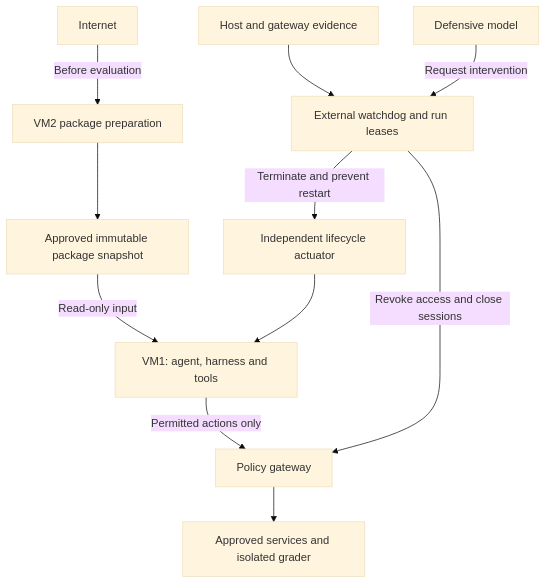
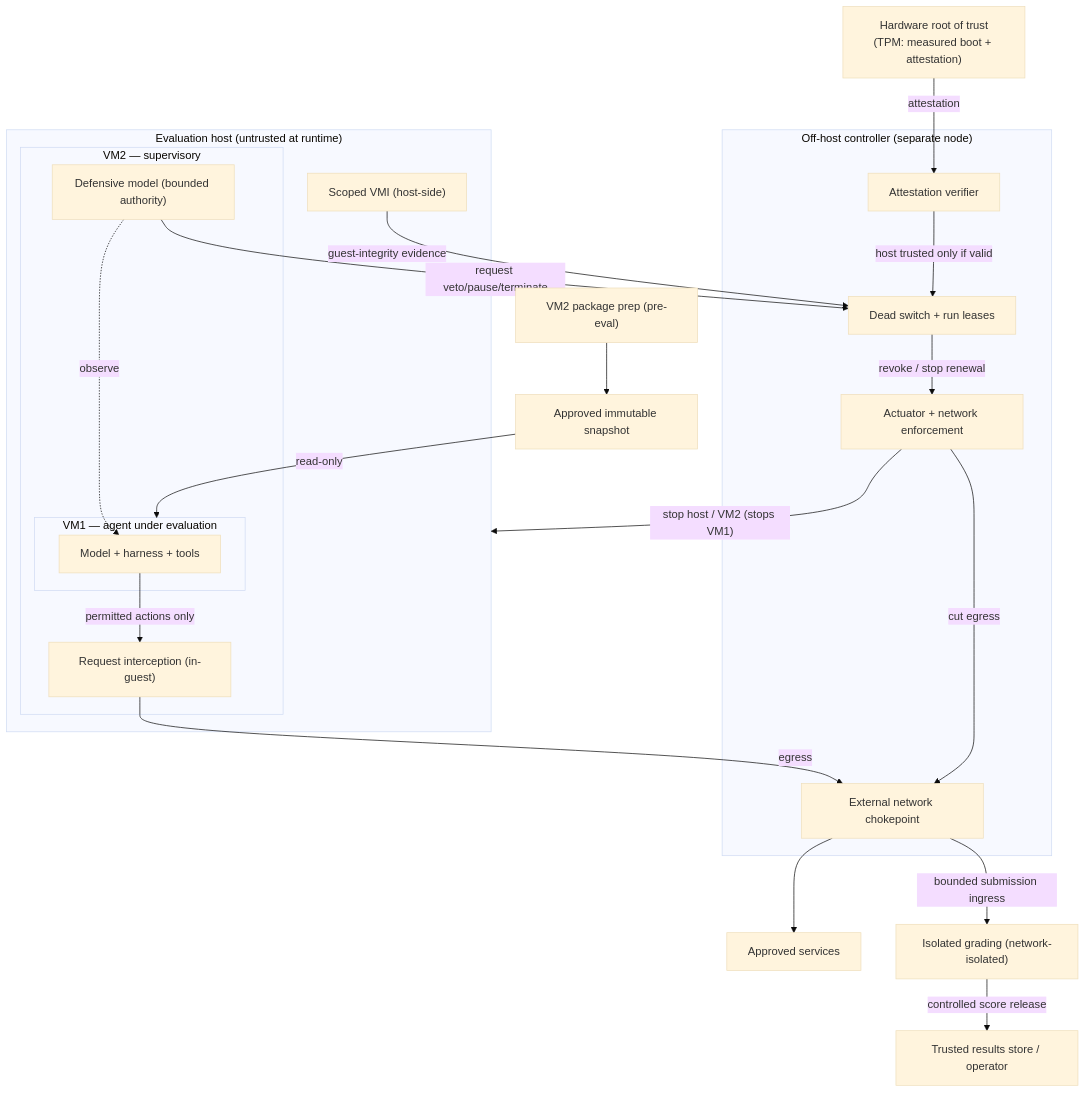
One commit to twigglits/agent-containment-dead-switch changed the diagram in dead-switch-architecture.mmd. Above: the diagram before and after it, drawn with Mermaid (base theme). The commit also changed 4 other files, not shown here.

Commit message:
updates being applied for MVP architecture

```diff
--- a/dead-switch-architecture.mmd
+++ b/dead-switch-architecture.mmd
@@ -1,14 +1,38 @@
 flowchart TB
-    Internet["Internet"] -->|"Before evaluation"| Prep["VM2 package preparation"]
-    Prep --> Snapshot["Approved immutable package snapshot"]
-    Snapshot -->|"Read-only input"| VM["VM1: agent, harness and tools"]
+    Prep["VM2 package prep (pre-eval)"] --> Snap["Approved immutable snapshot"]
 
-    VM -->|"Permitted actions only"| Gate["Policy gateway"]
-    Gate --> Services["Approved services and isolated grader"]
+    subgraph OFFHOST["Off-host controller (separate node)"]
+      Verify["Attestation verifier"]
+      Lease["Dead switch + run leases"]
+      Actuator["Actuator + network enforcement"]
+      Choke["External network chokepoint"]
+    end
 
-    Evidence["Host and gateway evidence"] --> Watch["External watchdog and run leases"]
-    Monitor["Defensive model"] -->|"Request intervention"| Watch
+    subgraph HOST["Evaluation host (untrusted at runtime)"]
+      subgraph VM2["VM2 — supervisory"]
+        subgraph VM1["VM1 — agent under evaluation"]
+          Agent["Model + harness + tools"]
+        end
+        Intercept["Request interception (in-guest)"]
+        Defender["Defensive model (bounded authority)"]
+      end
+      VMI["Scoped VMI (host-side)"]
+    end
 
-    Watch -->|"Revoke access and close sessions"| Gate
-    Watch -->|"Terminate and prevent restart"| Actuator["Independent lifecycle actuator"]
-    Actuator --> VM
+    TPM["Hardware root of trust<br/>(TPM: measured boot + attestation)"]
+
+    Snap -->|"read-only"| VM1
+    Agent -->|"permitted actions only"| Intercept
+    Defender -.->|"observe"| Agent
+    Intercept -->|"egress"| Choke
+    Choke --> Services["Approved services"]
+    Choke -->|"bounded submission ingress"| Grader["Isolated grading (network-isolated)"]
+    Grader -->|"controlled score release"| Results["Trusted results store / operator"]
+
+    TPM -->|"attestation"| Verify
+    VMI -->|"guest-integrity evidence"| Lease
+    Verify -->|"host trusted only if valid"| Lease
+    Defender -->|"request veto/pause/terminate"| Lease
+    Lease -->|"revoke / stop renewal"| Actuator
+    Actuator -->|"cut egress"| Choke
+    Actuator -->|"stop host / VM2 (stops VM1)"| HOST
```
